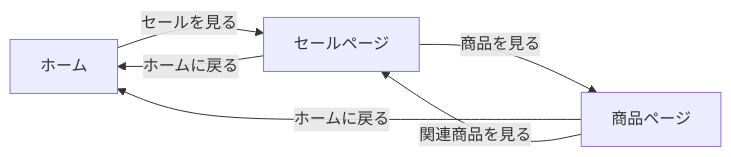
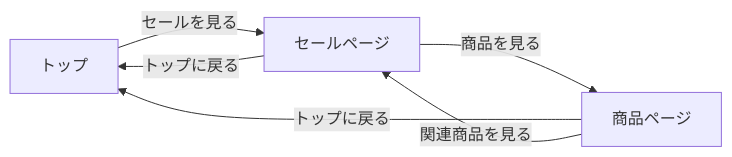
Before and after one commit to seekseep/webapp-handson-2025: the diagram in 01-react-basic/06-routing.md, drawn with Mermaid. The commit also changed other lines of this file, not shown here.

````diff
--- a/01-react-basic/06-routing.md
+++ b/01-react-basic/06-routing.md
@@ -92,8 +90,8 @@
 ```mermaid
 graph LR
-  Top[ホーム] -->|セールを見る| Sale[セールページ]
+  Top[トップ] -->|セールを見る| Sale[セールページ]
   Sale -->|商品を見る| Item[商品ページ]
-  Item -->|ホームに戻る| Top
-  Sale -->|ホームに戻る| Top
+  Item -->|トップに戻る| Top
+  Sale -->|トップに戻る| Top
   Item -->|関連商品を見る| Sale
 ```
````
